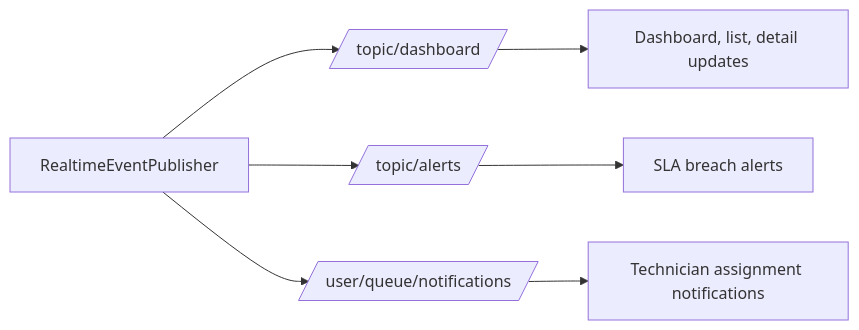
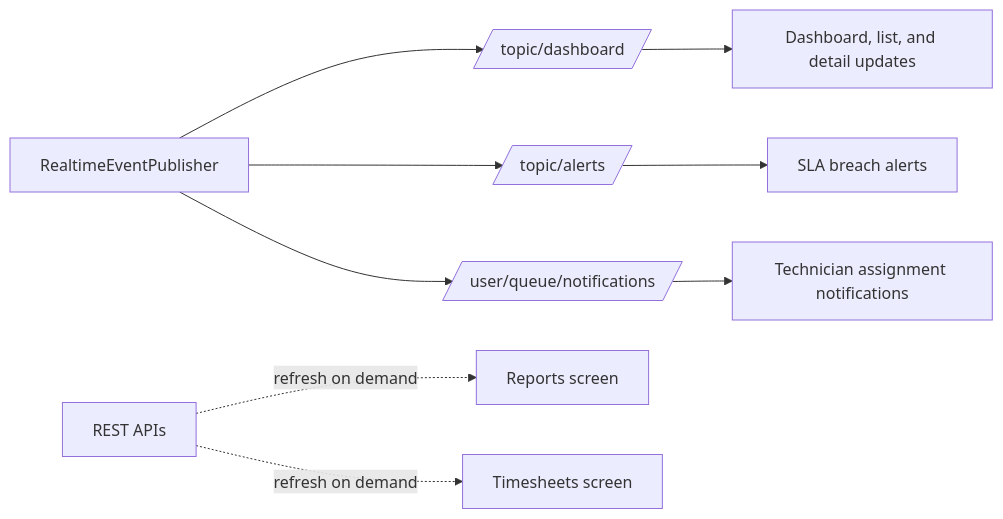
The fourth of 13 diagrams in README.MD (skawuma/A3-FSM-Deployment), drawn with Mermaid before and after one commit. The commit also changed other lines of this file and 1 other file, not shown here.

Commit message:
Document Sprint 13 roadmap and timesheet workflows

````diff
--- a/README.MD
+++ b/README.MD
@@ -191,10 +277,13 @@
 ```mermaid
 flowchart LR
     PUB[RealtimeEventPublisher] --> DASH_TOPIC[/topic/dashboard/]
     PUB --> ALERT_TOPIC[/topic/alerts/]
     PUB --> USER_QUEUE[/user/queue/notifications/]
 
-    DASH_TOPIC --> DASH[Dashboard, list, detail updates]
+    DASH_TOPIC --> DASH[Dashboard, list, and detail updates]
     ALERT_TOPIC --> ALERT[SLA breach alerts]
     USER_QUEUE --> TECH[Technician assignment notifications]
+
+    REST[REST APIs] -. refresh on demand .-> REP[Reports screen]
+    REST -. refresh on demand .-> TS[Timesheets screen]
 ```
````
